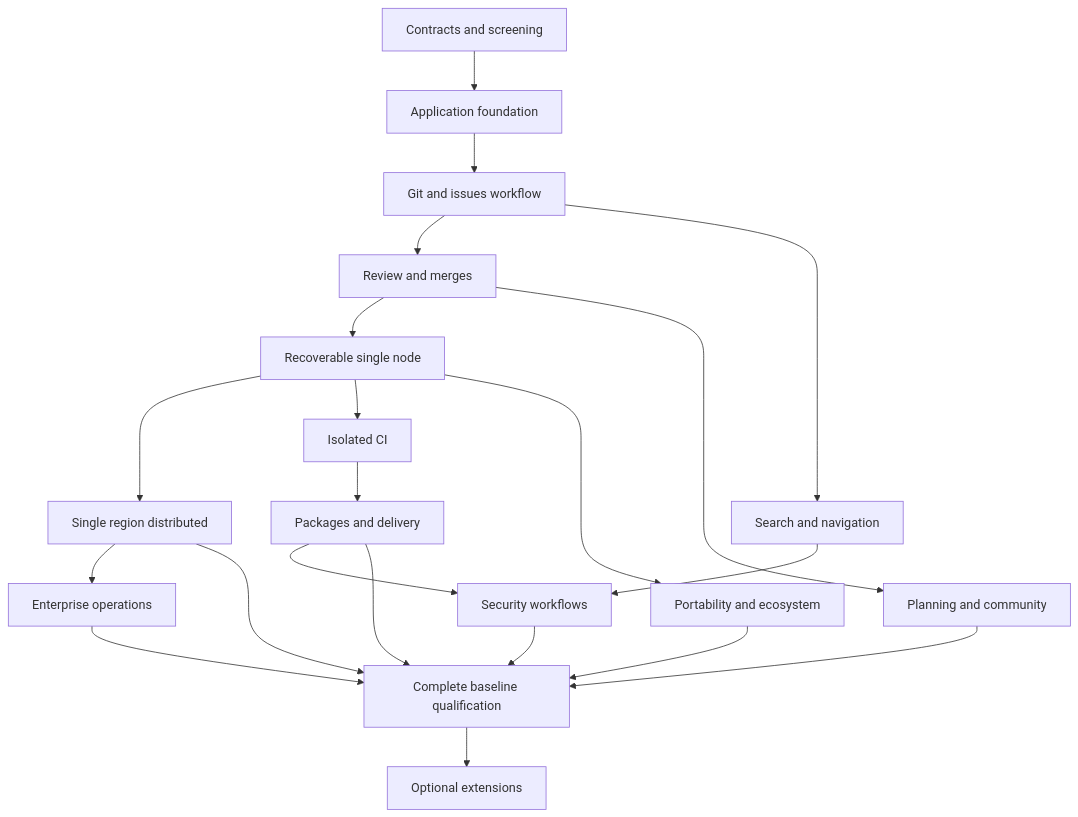
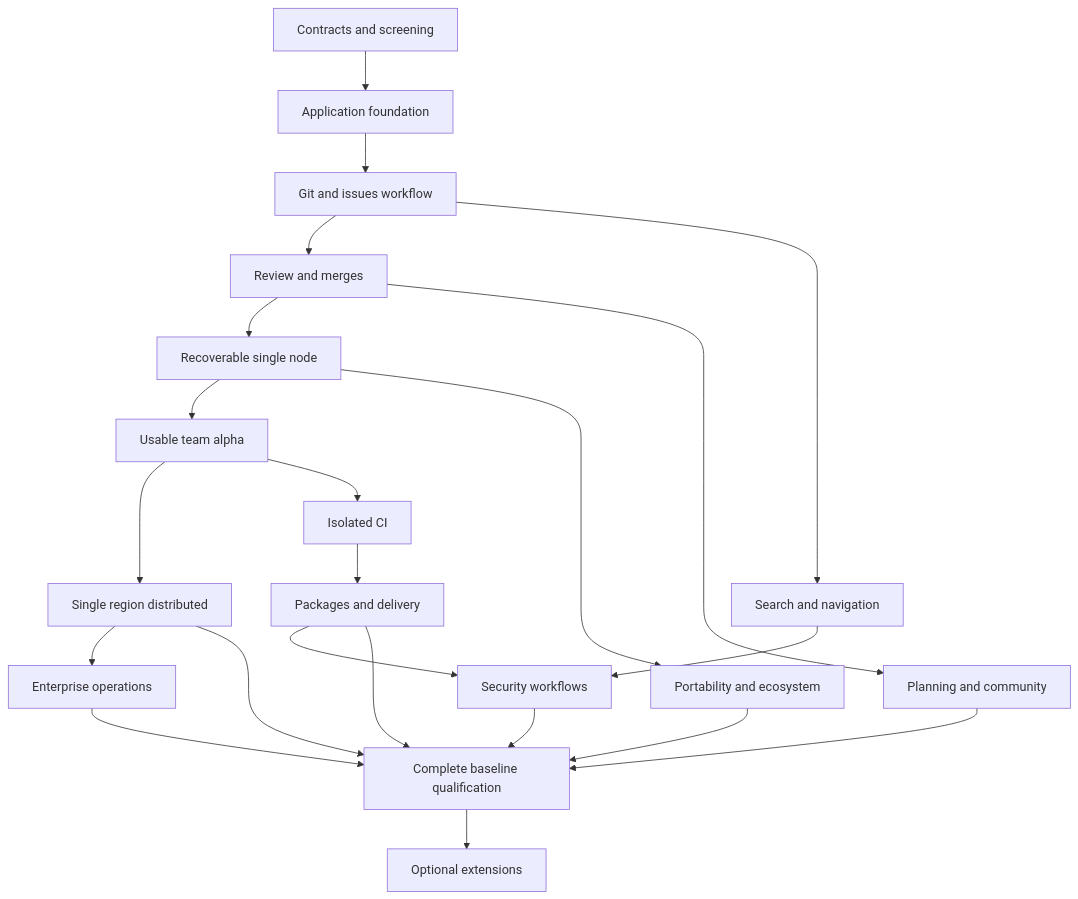
One commit to DeviousCardi/githearth changed the diagram in docs/plan/04-forge-roadmap.md. Above: the diagram before and after it, drawn with Mermaid. The commit also changed other lines of this file and 7 other files, not shown here.

First line of the commit message:
Plan M4.1 usable team alpha and refresh milestone states

````diff
--- a/docs/plan/04-forge-roadmap.md
+++ b/docs/plan/04-forge-roadmap.md
@@ -45,23 +46,24 @@
 ```mermaid
 flowchart TD
     M0[Contracts and screening] --> M1[Application foundation]
     M1 --> M2[Git and issues workflow]
     M2 --> M3[Review and merges]
     M3 --> M4[Recoverable single node]
-    M4 --> M5[Single region distributed]
-    M4 --> M6[Isolated CI]
+    M4 --> M41[Usable team alpha]
+    M41 --> M5[Single region distributed]
+    M41 --> M6[Isolated CI]
     M6 --> M7[Packages and delivery]
     M3 --> M8[Planning and community]
     M2 --> M9[Search and navigation]
     M7 --> M10[Security workflows]
     M9 --> M10
     M5 --> M11[Enterprise operations]
     M4 --> M12[Portability and ecosystem]
     M5 --> M13[Complete baseline qualification]
     M7 --> M13
     M8 --> M13
     M10 --> M13
     M11 --> M13
     M12 --> M13
     M13 --> M14[Optional extensions]
 ```
````
